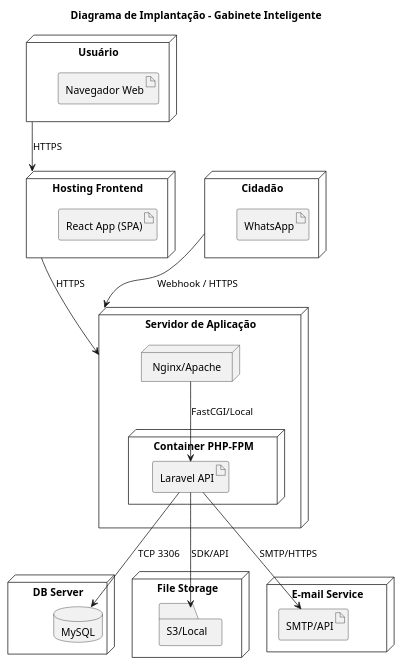
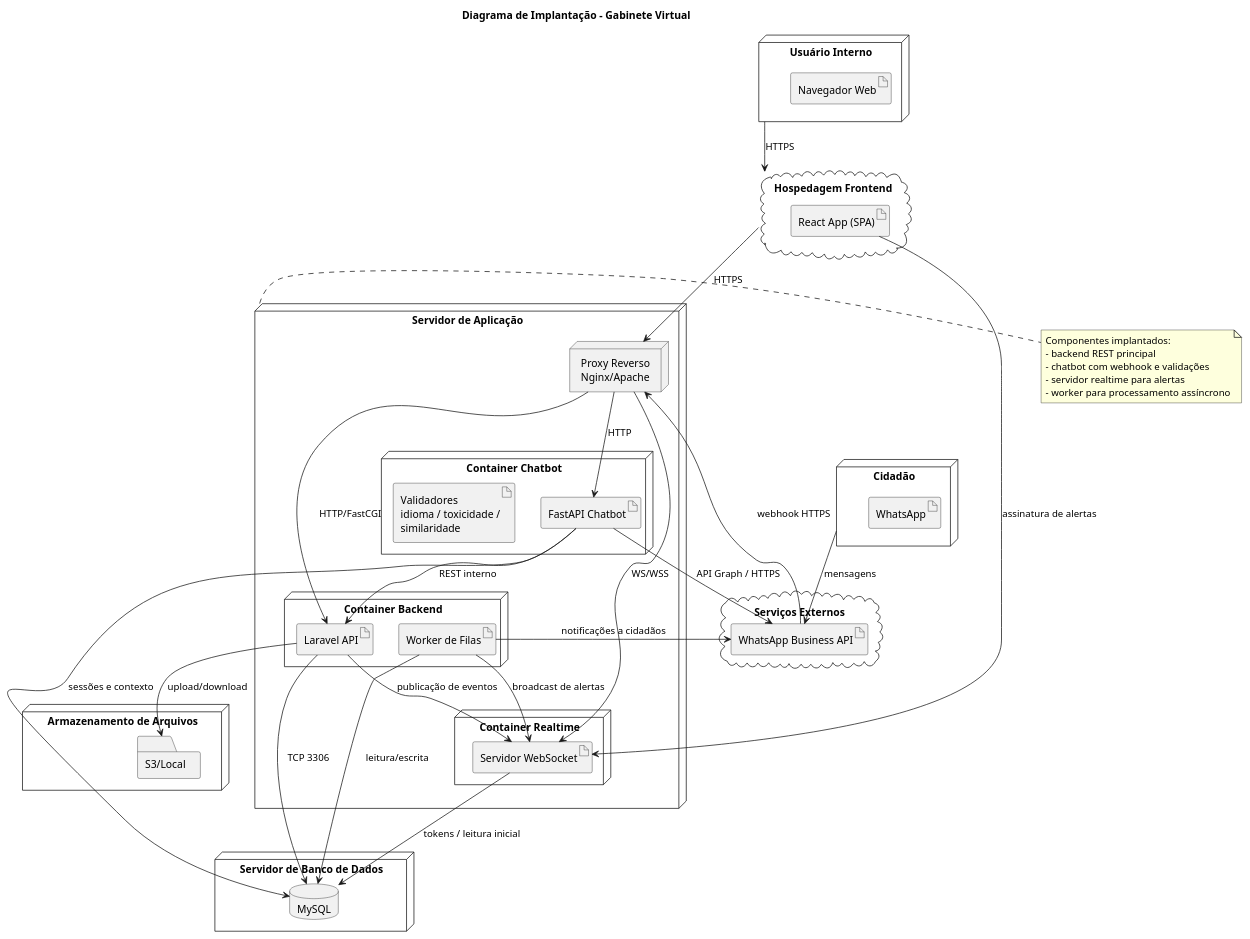
Before and after one commit to ICEI-PUC-Minas-PPLES-TI/plf-es-2025-2-tcci-0393100-dev-bernardo-biondini: the diagram in Artefatos/Componentes e Implantacao/implantacao.puml, drawn with PlantUML. The commit also changed 38 other files, not shown here.

Commit message:
Adapta diagramas paraa uso de Webscoket e envio de notificações de status de demanda

```diff
--- a/Artefatos/Componentes e Implantacao/implantacao.puml
+++ b/Artefatos/Componentes e Implantacao/implantacao.puml
@@ -1,46 +1,78 @@
 @startuml
-title Diagrama de Implantação - Gabinete Inteligente
+title Diagrama de Implantação - Gabinete Virtual
 
 skinparam shadowing false
 
-node "Usuário" as User {
+node "Usuário Interno" as User {
   artifact "Navegador Web" as Browser
 }
 
-node "Cidadão" as Cidadao {
-  artifact "WhatsApp" as WhatsApp
+node "Cidadão" as Citizen {
+  artifact "WhatsApp" as WhatsAppClient
 }
 
-node "Hosting Frontend" as FEHost {
+cloud "Hospedagem Frontend" as FEHost {
   artifact "React App (SPA)" as ReactApp
 }
 
 node "Servidor de Aplicação" as AppSrv {
-  node "Nginx/Apache" as WebSrv
-  node "Container PHP-FPM" as PHP {
+  node "Proxy Reverso\nNginx/Apache" as ReverseProxy
+
+  node "Container Backend" as BackendNode {
     artifact "Laravel API" as Laravel
+    artifact "Worker de Filas" as Worker
+  }
+
+  node "Container Chatbot" as ChatbotNode {
+    artifact "FastAPI Chatbot" as FastAPI
+    artifact "Validadores\nidioma / toxicidade /\nsimilaridade" as Validators
+  }
+
+  node "Container Realtime" as RealtimeNode {
+    artifact "Servidor WebSocket" as WebSocket
   }
 }
 
-node "DB Server" as DBNode {
+node "Servidor de Banco de Dados" as DBNode {
   database "MySQL" as MySQL
 }
 
-node "File Storage" as FS {
-  folder "S3/Local" as S3Local
+node "Armazenamento de Arquivos" as FS {
+  folder "S3/Local" as FileStore
 }
 
-node "E-mail Service" as Mail {
-  artifact "SMTP/API" as SMTP
+cloud "Serviços Externos" as Ext {
+  artifact "WhatsApp Business API" as MetaWhatsApp
 }
 
 User -down-> FEHost : HTTPS
-FEHost -down-> AppSrv : HTTPS
-Cidadao -down-> AppSrv : Webhook / HTTPS
+Citizen -down-> MetaWhatsApp : mensagens
+FEHost -down-> ReverseProxy : HTTPS
+MetaWhatsApp -down-> ReverseProxy : webhook HTTPS
 
-WebSrv -down-> Laravel : FastCGI/Local
+ReverseProxy -down-> Laravel : HTTP/FastCGI
+ReverseProxy -down-> FastAPI : HTTP
+ReverseProxy -down-> WebSocket : WS/WSS
+
 Laravel -down-> MySQL : TCP 3306
-Laravel -down-> S3Local : SDK/API
-Laravel -down-> SMTP : SMTP/HTTPS
+Worker -down-> MySQL : leitura/escrita
+FastAPI -down-> MySQL : sessões e contexto
+WebSocket -down-> MySQL : tokens / leitura inicial
+
+Laravel -down-> FileStore : upload/download
+FastAPI -down-> MetaWhatsApp : API Graph / HTTPS
+Worker -down-> MetaWhatsApp : notificações a cidadãos
+Worker -down-> WebSocket : broadcast de alertas
+Laravel -down-> WebSocket : publicação de eventos
+FastAPI -down-> Laravel : REST interno
+ReactApp -down-> WebSocket : assinatura de alertas
+
+note right of AppSrv
+Componentes implantados:
+- backend REST principal
+- chatbot com webhook e validações
+- servidor realtime para alertas
+- worker para processamento assíncrono
+end note
 
 @enduml
```
